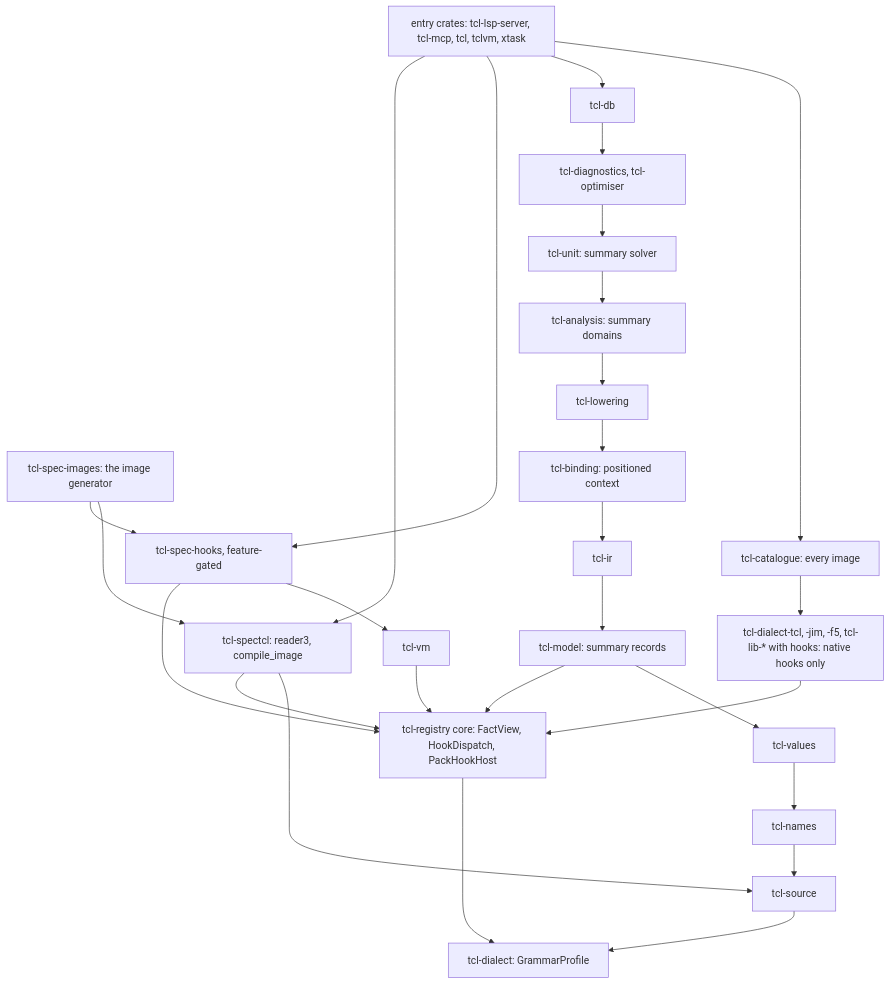
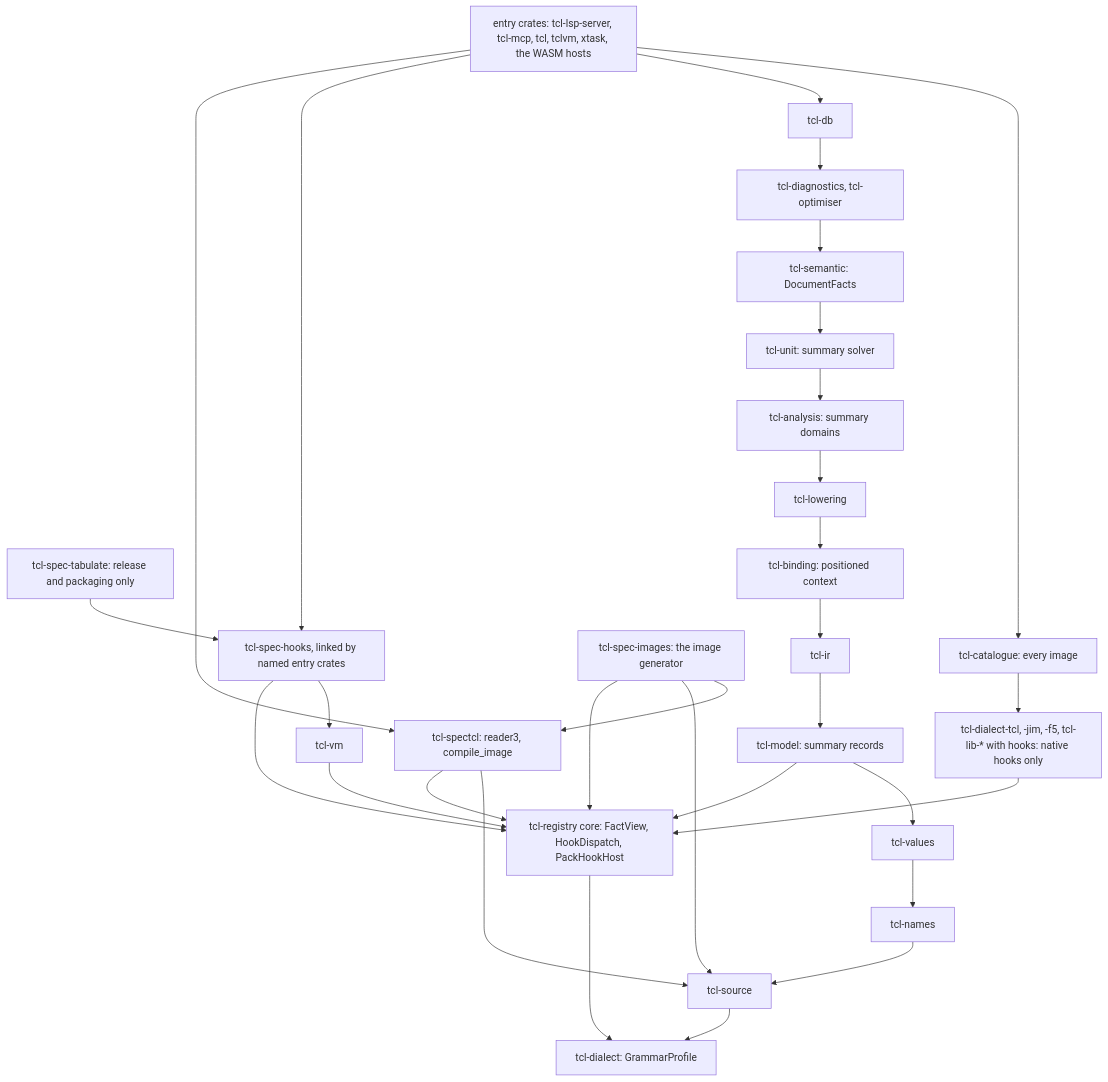
Before and after one commit to bitwisecook/tcl-lsp: the seventh of 7 diagrams in docs/design/compiler/compiler-analyser-spectcl-integration.md, drawn with Mermaid. The commit also changed other lines of this file and 12 other files, not shown here.

````diff
--- a/docs/design/compiler/compiler-analyser-spectcl-integration.md
+++ b/docs/design/compiler/compiler-analyser-spectcl-integration.md
@@ -687,29 +863,32 @@
 ```mermaid
 flowchart TB
-  entry["entry crates: tcl-lsp-server, tcl-mcp, tcl, tclvm, xtask"] --> catalogue["tcl-catalogue: every image"]
+  entry["entry crates: tcl-lsp-server, tcl-mcp, tcl, tclvm, xtask, the WASM hosts"] --> catalogue["tcl-catalogue: every image"]
   entry --> db["tcl-db"]
-  entry --> hooksRun["tcl-spec-hooks, feature-gated"]
+  entry --> hooksRun["tcl-spec-hooks, linked by named entry crates"]
   entry --> loader["tcl-spectcl: reader3, compile_image"]
   gen["tcl-spec-images: the image generator"] --> loader
-  gen --> hooksRun
+  gen --> source
+  gen --> core
+  tab["tcl-spec-tabulate: release and packaging only"] --> hooksRun
   catalogue --> surfaces["tcl-dialect-tcl, -jim, -f5, tcl-lib-* with hooks: native hooks only"]
   hooksRun --> vm["tcl-vm"]
   db --> diag["tcl-diagnostics, tcl-optimiser"]
-  diag --> unit["tcl-unit: summary solver"]
+  diag --> semantic["tcl-semantic: DocumentFacts"]
+  semantic --> unit["tcl-unit: summary solver"]
   unit --> analysis["tcl-analysis: summary domains"]
   analysis --> lowering["tcl-lowering"]
   lowering --> binding["tcl-binding: positioned context"]
   binding --> ir["tcl-ir"]
   ir --> model["tcl-model: summary records"]
   model --> values["tcl-values"]
   values --> names["tcl-names"]
   names --> source["tcl-source"]
   loader --> source
   loader --> core["tcl-registry core: FactView, HookDispatch, PackHookHost"]
   model --> core
   surfaces --> core
   vm --> core
   hooksRun --> core
   core --> dialect["tcl-dialect: GrammarProfile"]
   source --> dialect
 ```
````
